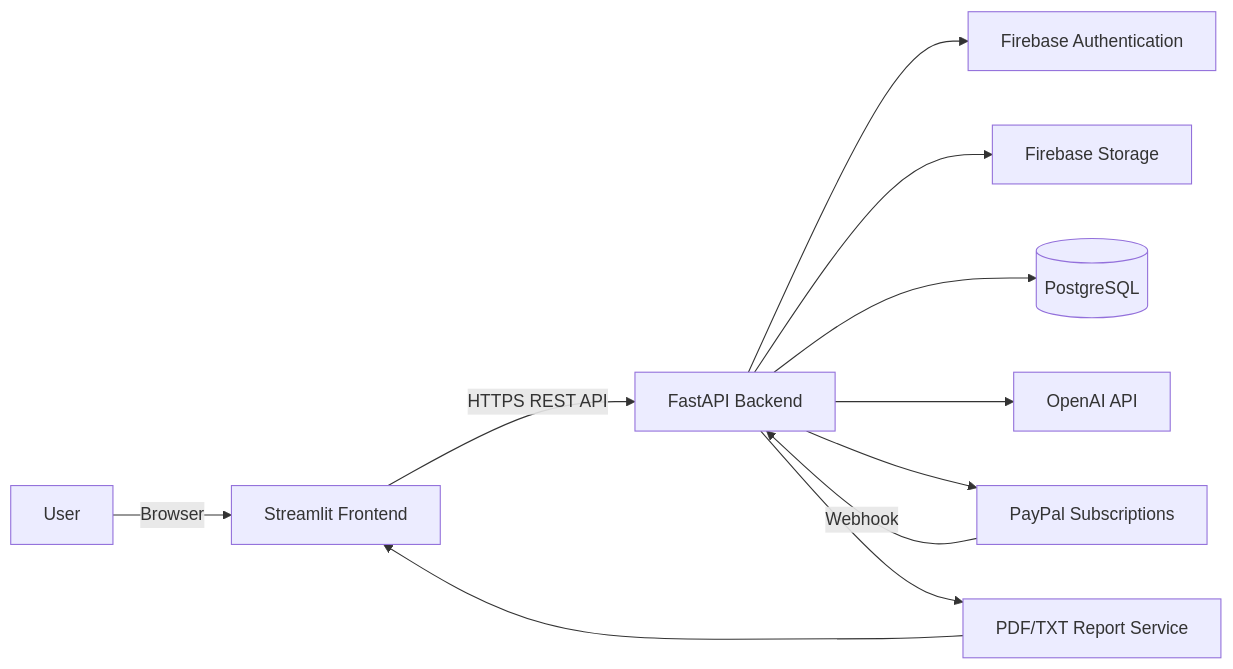
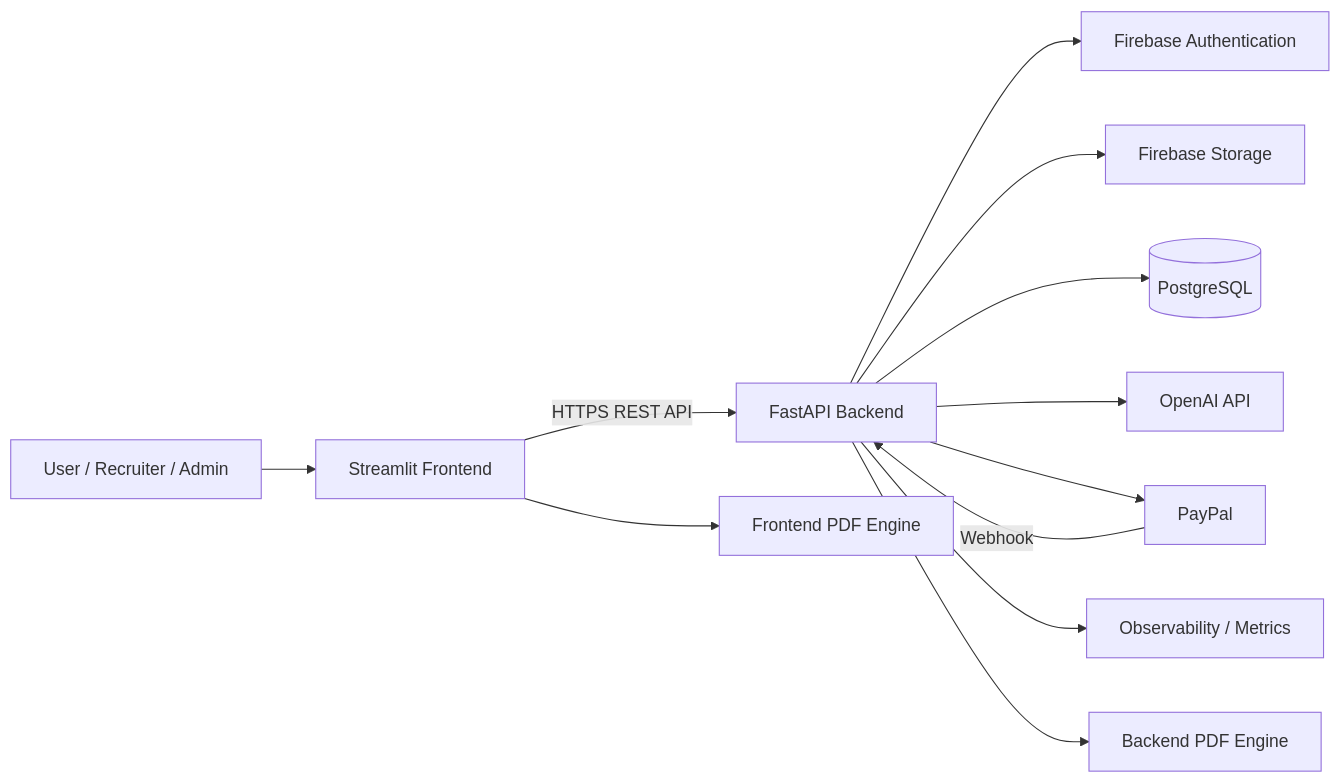
The first of 4 diagrams in README.md (dejanjovic1283-ui/talentmatch-pro), drawn with Mermaid before and after one commit. The commit also changed other lines of this file, not shown here.

````diff
--- a/README.md
+++ b/README.md
@@ -804,17 +473,18 @@
 ```mermaid
 flowchart LR
-    U[User] -->|Browser| FE[Streamlit Frontend]
+    U[User / Recruiter / Admin] --> FE[Streamlit Frontend]
 
     FE -->|HTTPS REST API| BE[FastAPI Backend]
 
     BE --> AUTH[Firebase Authentication]
     BE --> STORAGE[Firebase Storage]
     BE --> DB[(PostgreSQL)]
     BE --> AI[OpenAI API]
-    BE --> PAYPAL[PayPal Subscriptions]
+    BE --> PP[PayPal]
+    BE --> OBS[Observability / Metrics]
 
-    BE --> REPORTS[PDF/TXT Report Service]
-    REPORTS --> FE
+    FE --> FPDF[Frontend PDF Engine]
+    BE --> BPDF[Backend PDF Engine]
 
-    PAYPAL -->|Webhook| BE
+    PP -->|Webhook| BE
 ```
````
